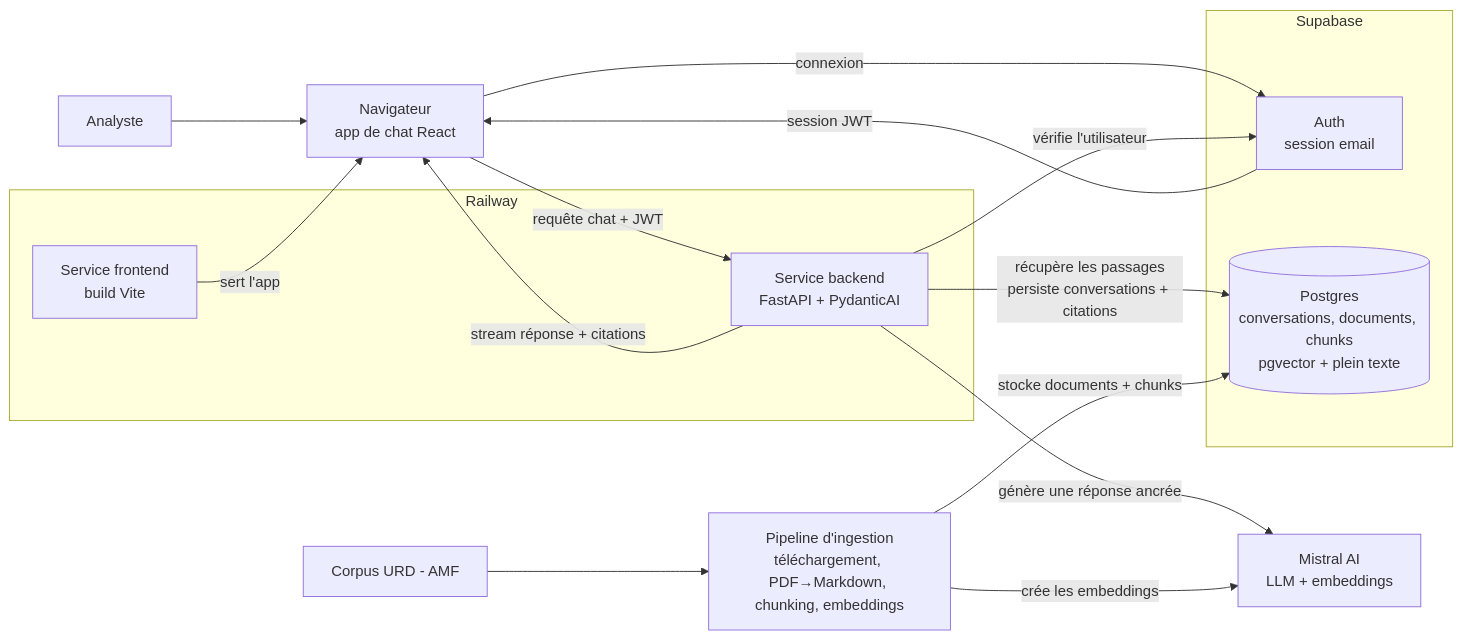
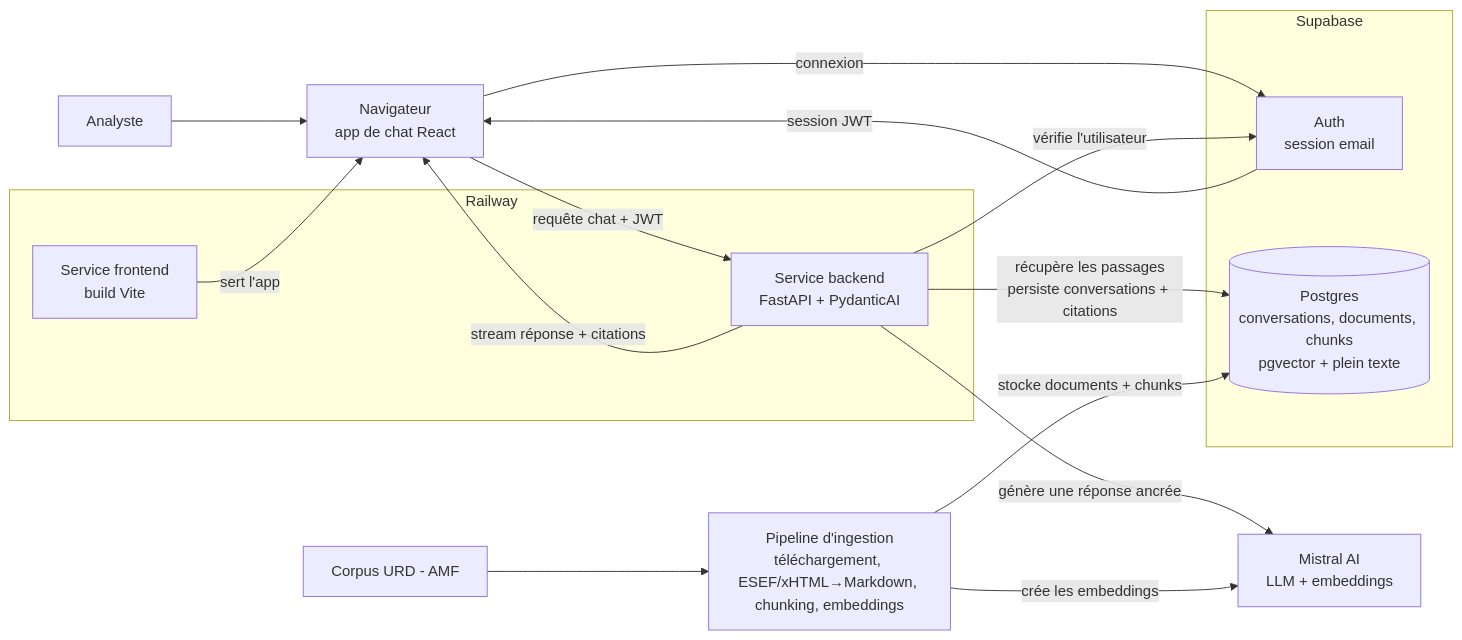
Before and after one commit to Arrsaid/assistant-financier: the diagram in docs/architecture.md, drawn with Mermaid. The commit also changed other lines of this file and 7 other files, not shown here.

Commit message:
fix(data): gère le format ESEF/xHTML réel des URD et aligne la doc

````diff
--- a/docs/architecture.md
+++ b/docs/architecture.md
@@ -13,31 +13,31 @@
 ```mermaid
 flowchart LR
     user[Analyste] --> browser[Navigateur<br/>app de chat React]
 
     subgraph railway[Railway]
         frontend[Service frontend<br/>build Vite]
         backend[Service backend<br/>FastAPI + PydanticAI]
     end
 
     subgraph supabase[Supabase]
         auth[Auth<br/>session email]
         db[(Postgres<br/>conversations, documents, chunks<br/>pgvector + plein texte)]
     end
 
     mistral[Mistral AI<br/>LLM + embeddings]
     corpus[Corpus URD - AMF]
-    ingestion[Pipeline d'ingestion<br/>téléchargement, PDF→Markdown, chunking, embeddings]
+    ingestion[Pipeline d'ingestion<br/>téléchargement, ESEF/xHTML→Markdown, chunking, embeddings]
 
     frontend -->|sert l'app| browser
     browser -->|connexion| auth
     auth -->|session JWT| browser
     browser -->|requête chat + JWT| backend
     backend -->|vérifie l'utilisateur| auth
     backend -->|récupère les passages<br/>persiste conversations + citations| db
     backend -->|génère une réponse ancrée| mistral
     backend -->|stream réponse + citations| browser
 
     corpus --> ingestion
     ingestion -->|crée les embeddings| mistral
     ingestion -->|stocke documents + chunks| db
 ```
````
